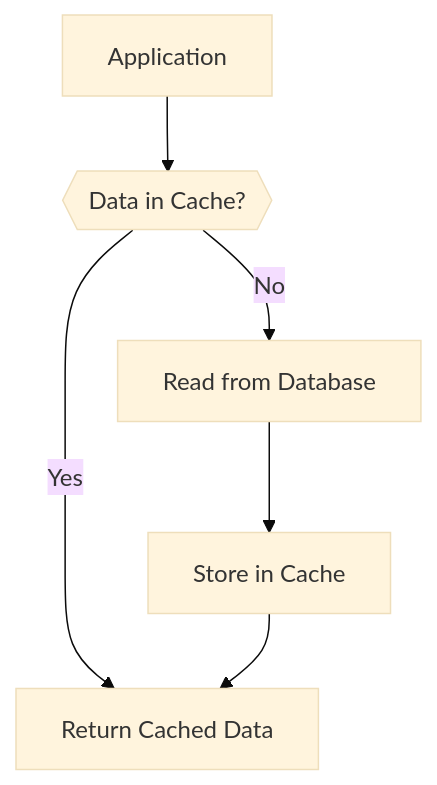
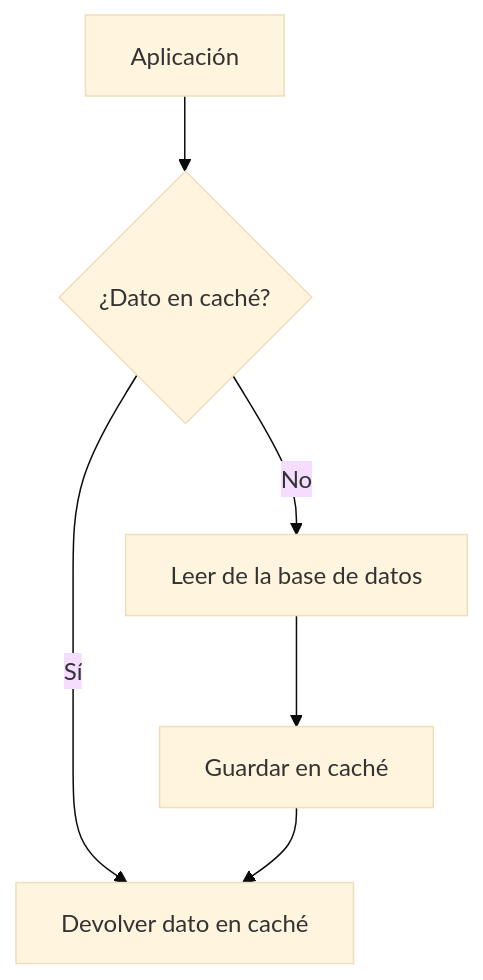
Before and after one commit to albertoruizmb/albertoruizmb.github.io: the fourth of 4 diagrams in _es_posts/2026-02-13-es-cloud-architecture-patterns.md, drawn with Mermaid (base theme). The commit also changed other lines of this file and 1 other file, not shown here.

Commit message:
Publish cloud architecture patterns article in ES and EN

````diff
--- a/_es_posts/2026-02-13-es-cloud-architecture-patterns.md
+++ b/_es_posts/2026-02-13-es-cloud-architecture-patterns.md
@@ -157,12 +142,12 @@
-``` mermaid
+<pre class="mermaid">
 flowchart TD
-    A[Application] --> B{{Data in Cache?}}
+    A[Aplicación] --> B{¿Dato en caché?}
 
-    B -->|Yes| C[Return Cached Data]
+    B -->|Sí| C[Devolver dato en caché]
 
-    B -->|No| D[Read from Database]
+    B -->|No| D[Leer de la base de datos]
 
-    D --> E[Store in Cache]
+    D --> E[Guardar en caché]
 
     E --> C
-```
+</pre>
````
